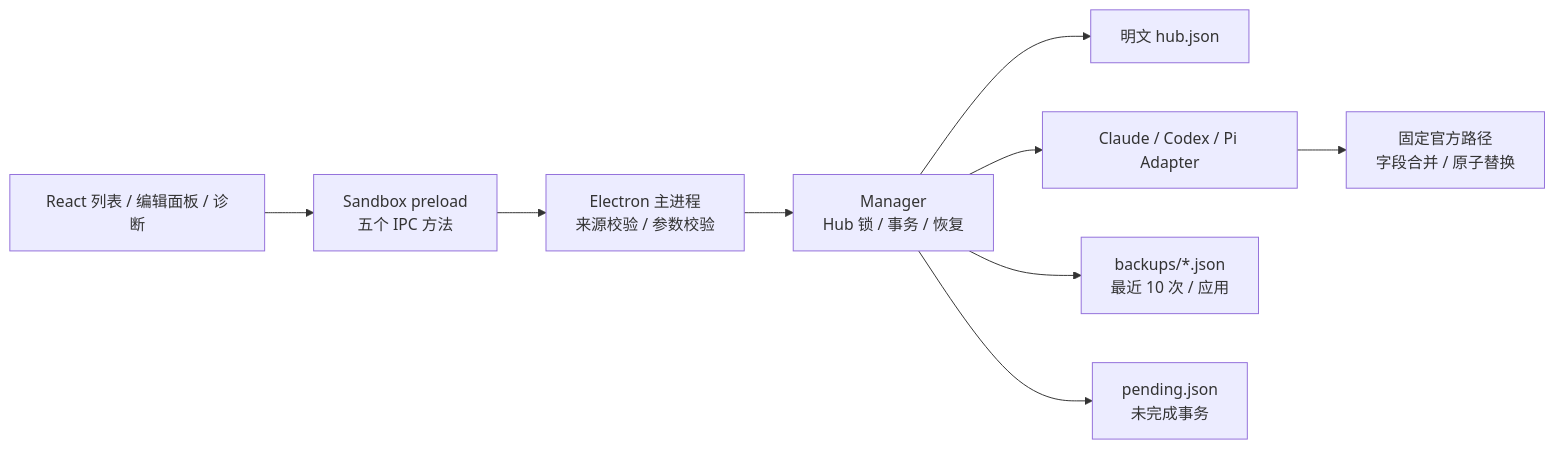
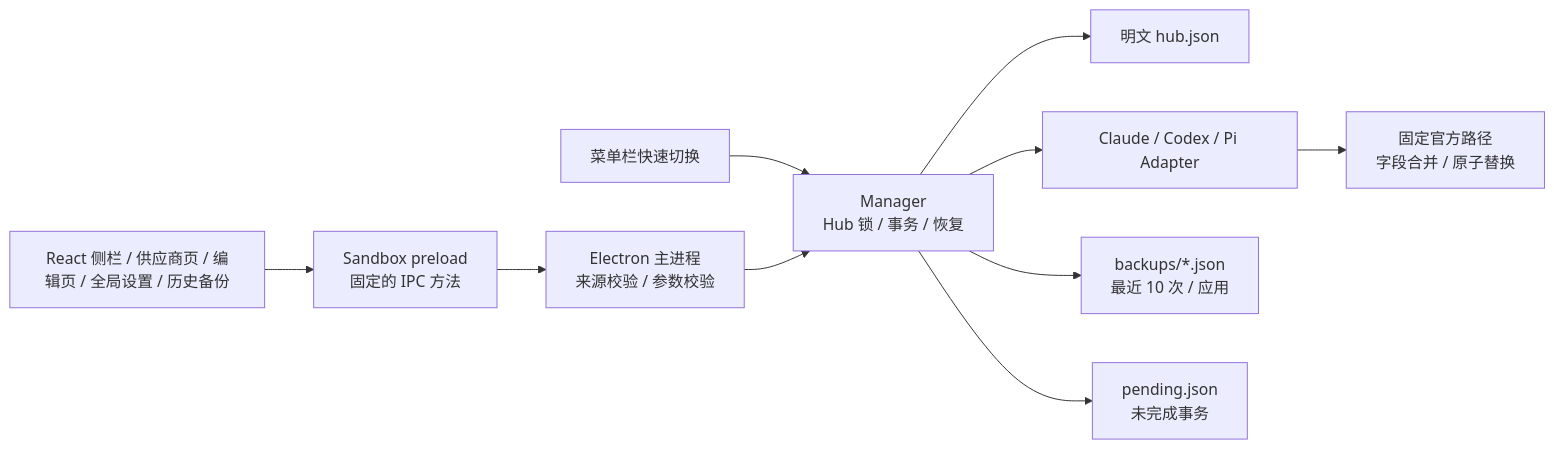
The diagram in docs/TECHNICAL_DESIGN.md (MiCat-S/miswitch), drawn with Mermaid before and after one commit. The commit also changed other lines of this file and 30 other files, not shown here.

````diff
--- a/docs/TECHNICAL_DESIGN.md
+++ b/docs/TECHNICAL_DESIGN.md
@@ -19,11 +21,12 @@
 ```mermaid
 flowchart LR
-    UI[React 列表 / 编辑面板 / 诊断] --> Bridge[Sandbox preload\n五个 IPC 方法]
+    UI[React 侧栏 / 供应商页 / 编辑页 / 全局设置 / 历史备份] --> Bridge[Sandbox preload\n固定的 IPC 方法]
+    Tray[菜单栏快速切换] --> Manager
     Bridge --> Main[Electron 主进程\n来源校验 / 参数校验]
     Main --> Manager[Manager\nHub 锁 / 事务 / 恢复]
     Manager --> Hub[明文 hub.json]
     Manager --> Adapter[Claude / Codex / Pi Adapter]
     Adapter --> Files[固定官方路径\n字段合并 / 原子替换]
     Manager --> Backups[backups/*.json\n最近 10 次 / 应用]
     Manager --> Journal[pending.json\n未完成事务]
 ```
````
